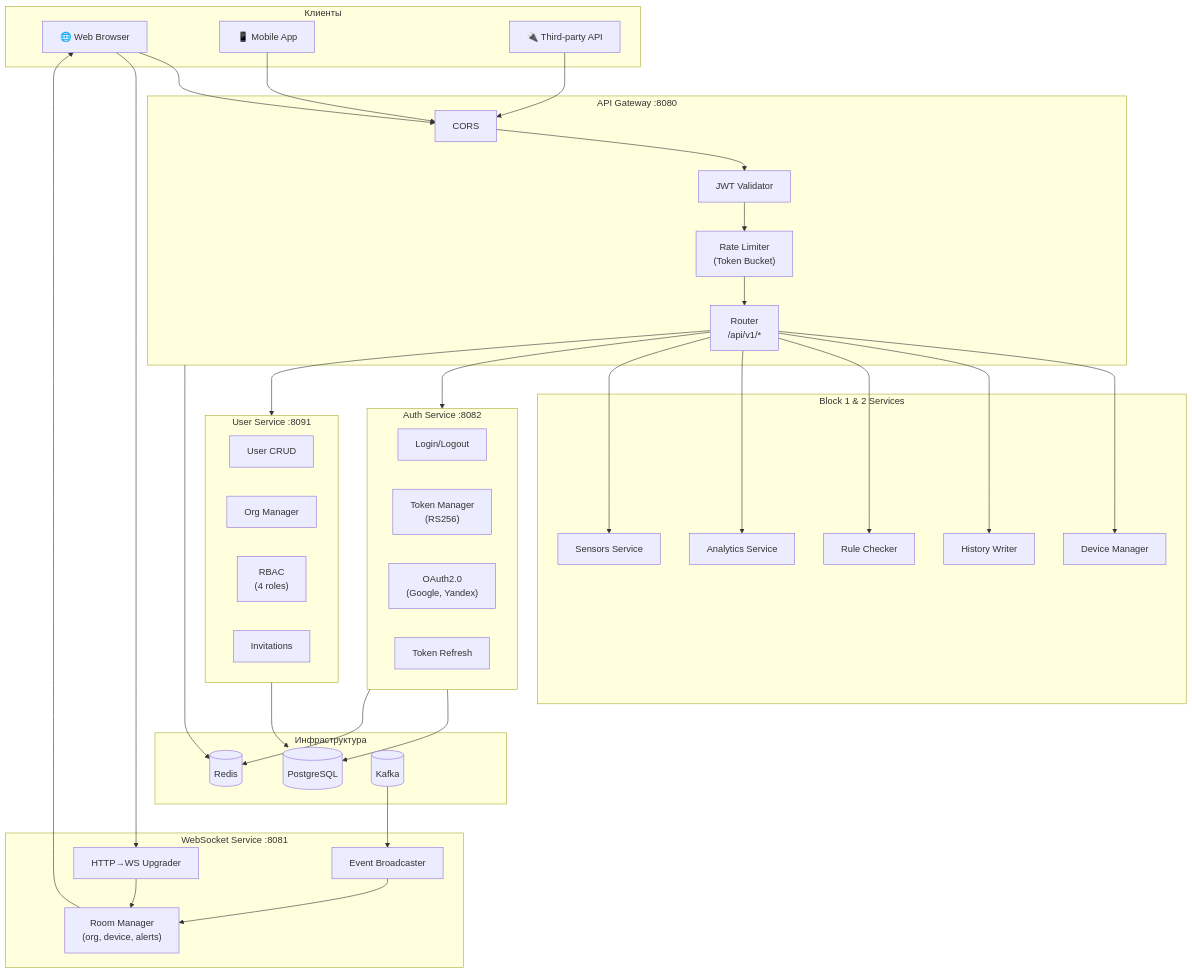
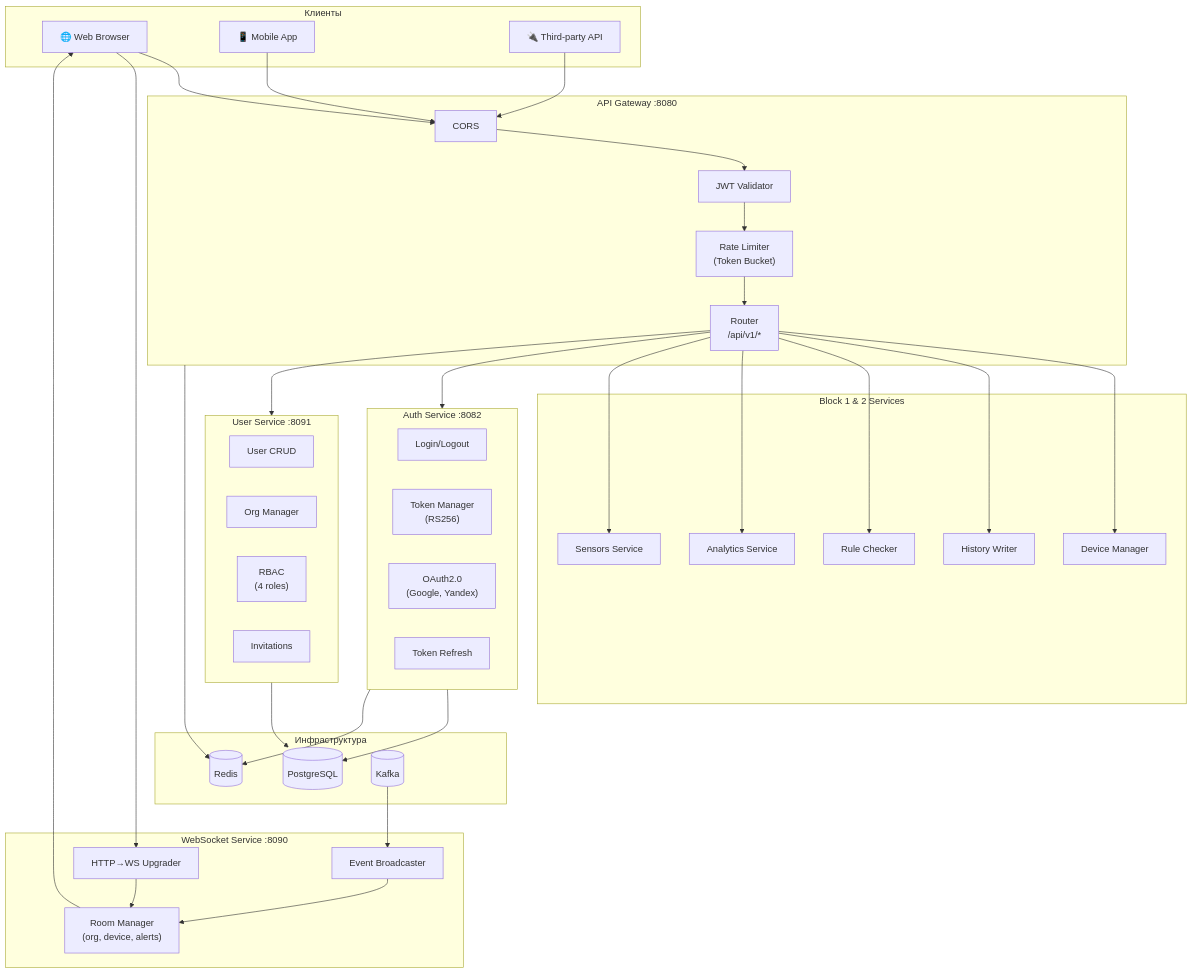
The first of 18 diagrams in docs/blocks/ARCHITECTURE_BLOCK3.md (revarewerd/wayrecall-tracker-system), drawn with Mermaid before and after one commit. The commit also changed other lines of this file and 36 other files, not shown here.

````diff
--- a/docs/blocks/ARCHITECTURE_BLOCK3.md
+++ b/docs/blocks/ARCHITECTURE_BLOCK3.md
@@ -81,60 +81,60 @@
 ```mermaid
 flowchart TB
     subgraph Clients["Клиенты"]
         Browser["🌐 Web Browser"]
         Mobile["📱 Mobile App"]
         ThirdParty["🔌 Third-party API"]
     end
 
     subgraph Gateway["API Gateway :8080"]
         CORS["CORS"]
         JWT["JWT Validator"]
         RateLimit["Rate Limiter\n(Token Bucket)"]
         Router["Router\n/api/v1/*"]
     end
 
     subgraph Auth["Auth Service :8082"]
         Login["Login/Logout"]
         TokenMgr["Token Manager\n(RS256)"]
         OAuth["OAuth2.0\n(Google, Yandex)"]
         Refresh["Token Refresh"]
     end
 
     subgraph Users["User Service :8091"]
         UserCRUD["User CRUD"]
         OrgMgr["Org Manager"]
         RBAC["RBAC\n(4 roles)"]
         Invite["Invitations"]
     end
 
-    subgraph WS["WebSocket Service :8081"]
+    subgraph WS["WebSocket Service :8090"]
         Upgrader["HTTP→WS Upgrader"]
         RoomMgr["Room Manager\n(org, device, alerts)"]
         Broadcaster["Event Broadcaster"]
     end
 
     subgraph Block12["Block 1 & 2 Services"]
         DM["Device Manager"]
         HW["History Writer"]
         RC["Rule Checker"]
         AS["Analytics Service"]
         SS["Sensors Service"]
     end
 
     subgraph Infra["Инфраструктура"]
         PG[("PostgreSQL")]
         Redis[("Redis")]
         Kafka[("Kafka")]
     end
 
     Browser & Mobile & ThirdParty --> CORS --> JWT --> RateLimit --> Router
     Router --> DM & HW & RC & AS & SS
     Router --> Auth & Users
 
     Browser --> Upgrader --> RoomMgr
     Kafka --> Broadcaster --> RoomMgr --> Browser
 
     Auth --> PG & Redis
     Users --> PG
     Gateway --> Redis
 ```
````
